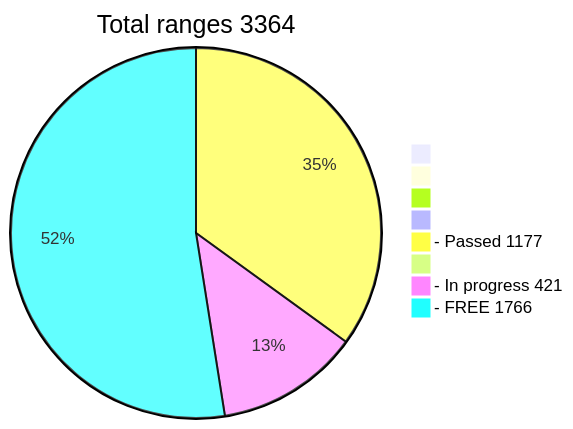
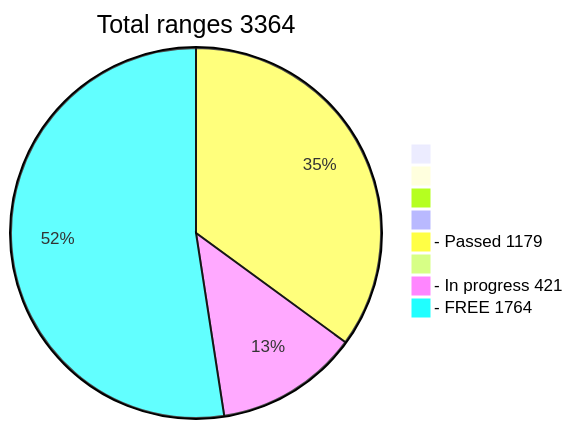
The diagram in README.md (phrutis/wif500), drawn with Mermaid before and after one commit.

````diff
--- a/README.md
+++ b/README.md
@@ -16,12 +16,12 @@
 ```mermaid
 pie title Total ranges 3364
              " " : 0
             "  " : 0
            "   " : 0
           "    " : 0
-  "- Passed 1177" : 1177
+  "- Passed 1179" : 1179
          "     " : 0
   "- In progress 421" : 421
-   "- FREE 1766" : 1766
+   "- FREE 1764" : 1764
    
 ```
````
